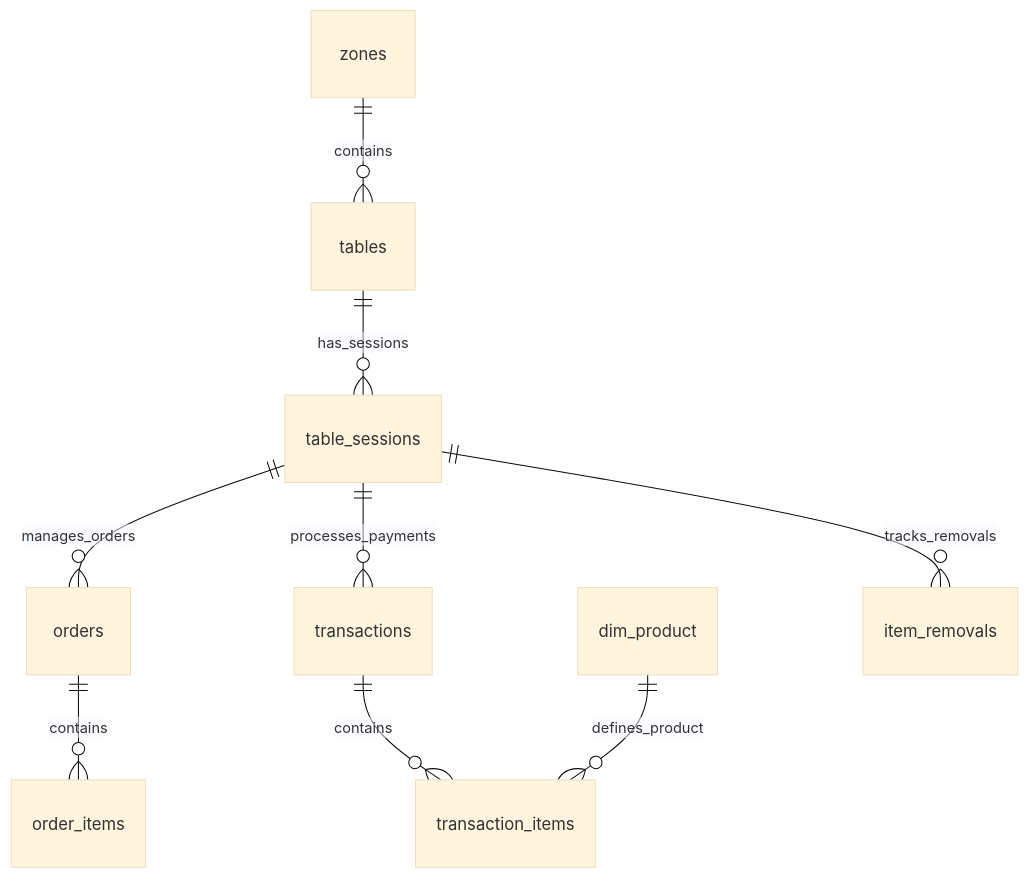
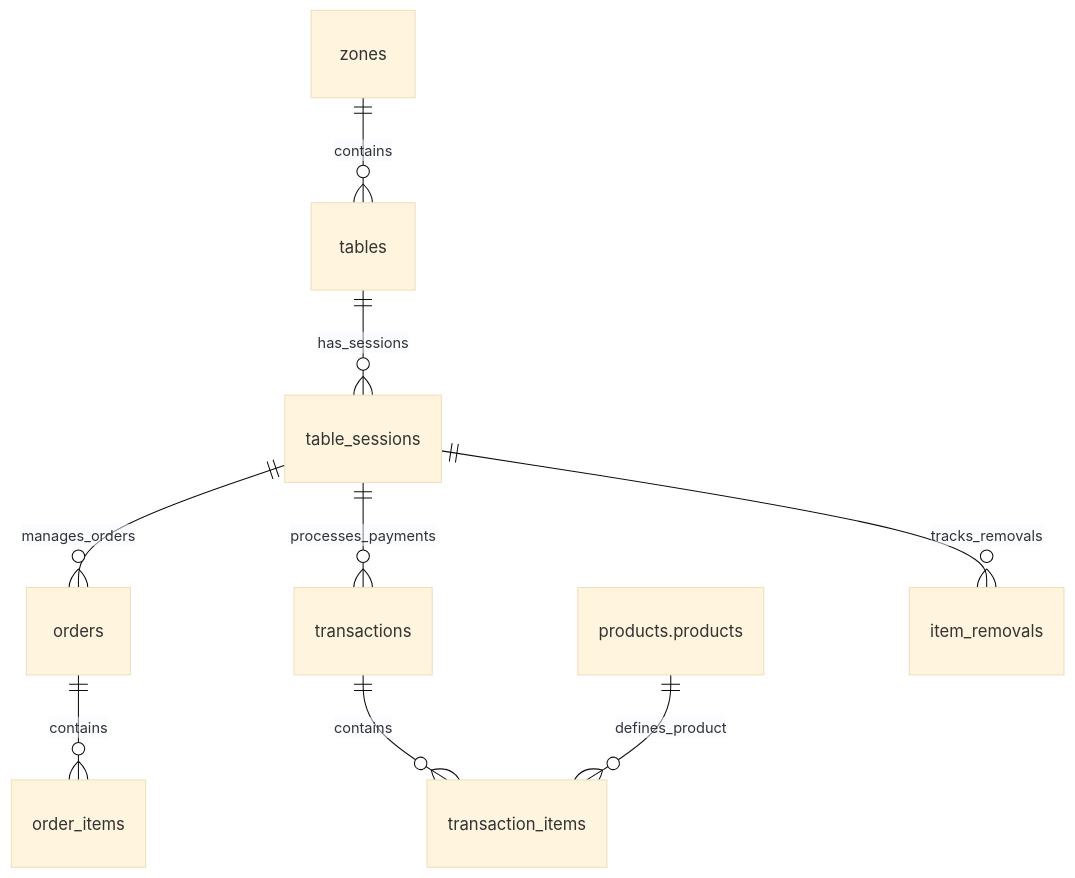
One commit to david2928/lengolf-forms changed the diagram in docs/database/POS_SCHEMA_DOCUMENTATION.md. Above: the diagram before and after it, drawn with Mermaid (base theme). The commit also changed other lines of this file and 3 other files, not shown here.

Commit message:
docs: Update POS schema, sales dashboard, product mapping, and POS comparison docs

````diff
--- a/docs/database/POS_SCHEMA_DOCUMENTATION.md
+++ b/docs/database/POS_SCHEMA_DOCUMENTATION.md
@@ -16,11 +16,11 @@
 ```mermaid
 erDiagram
     zones ||--o{ tables : "contains"
     tables ||--o{ table_sessions : "has_sessions"
     table_sessions ||--o{ orders : "manages_orders"
     table_sessions ||--o{ transactions : "processes_payments"
     orders ||--o{ order_items : "contains"
     transactions ||--o{ transaction_items : "contains"
-    dim_product ||--o{ transaction_items : "defines_product"
+    products.products ||--o{ transaction_items : "defines_product"
     table_sessions ||--o{ item_removals : "tracks_removals"
 ```
````
